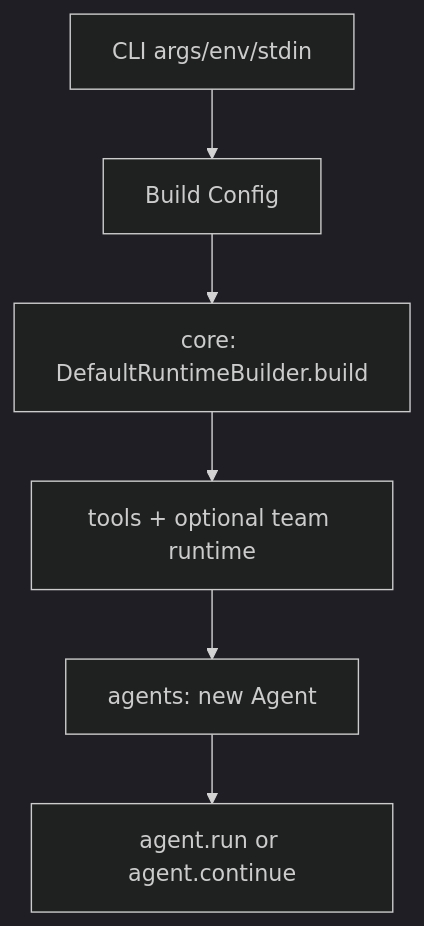
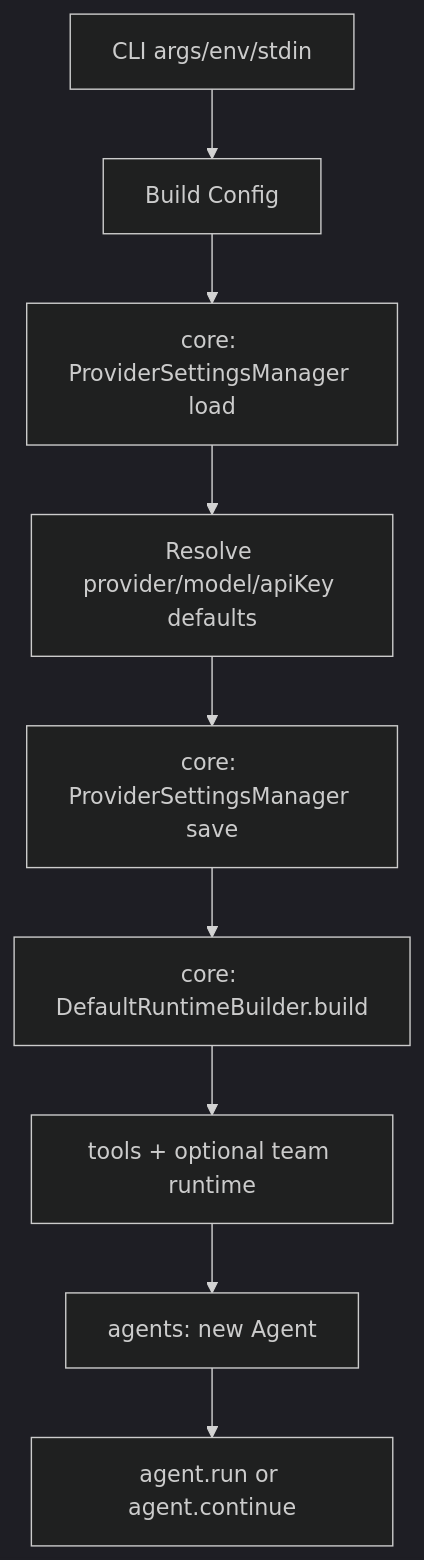
The first of 2 diagrams in sdk/cli/ARCHITECTURE.md (Dastan-Prince/cline-cn), drawn with Mermaid (dark theme) before and after one commit. The commit also changed other lines of this file and 14 other files, not shown here.

First line of the commit message:
feat(cli,core): integrate ProviderSettingsManager for provider persistence

````diff
--- a/sdk/cli/ARCHITECTURE.md
+++ b/sdk/cli/ARCHITECTURE.md
@@ -59,8 +62,11 @@
 ```mermaid
 flowchart TD
   A[CLI args/env/stdin] --> B[Build Config]
-  B --> C[core: DefaultRuntimeBuilder.build]
+  B --> B1[core: ProviderSettingsManager load]
+  B1 --> B2[Resolve provider/model/apiKey defaults]
+  B2 --> B3[core: ProviderSettingsManager save]
+  B3 --> C[core: DefaultRuntimeBuilder.build]
   C --> D[tools + optional team runtime]
   D --> E[agents: new Agent]
   E --> F[agent.run or agent.continue]
 ```
````
